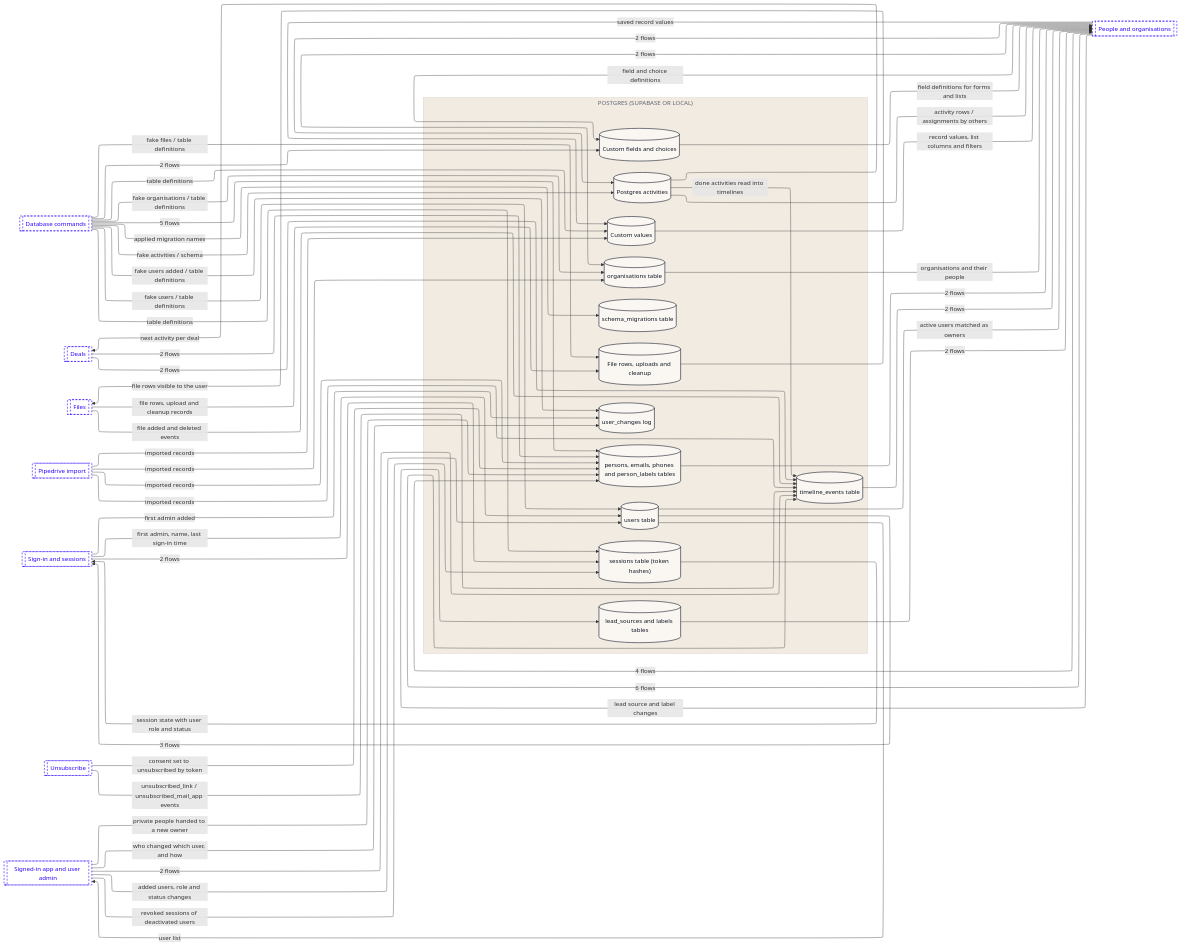
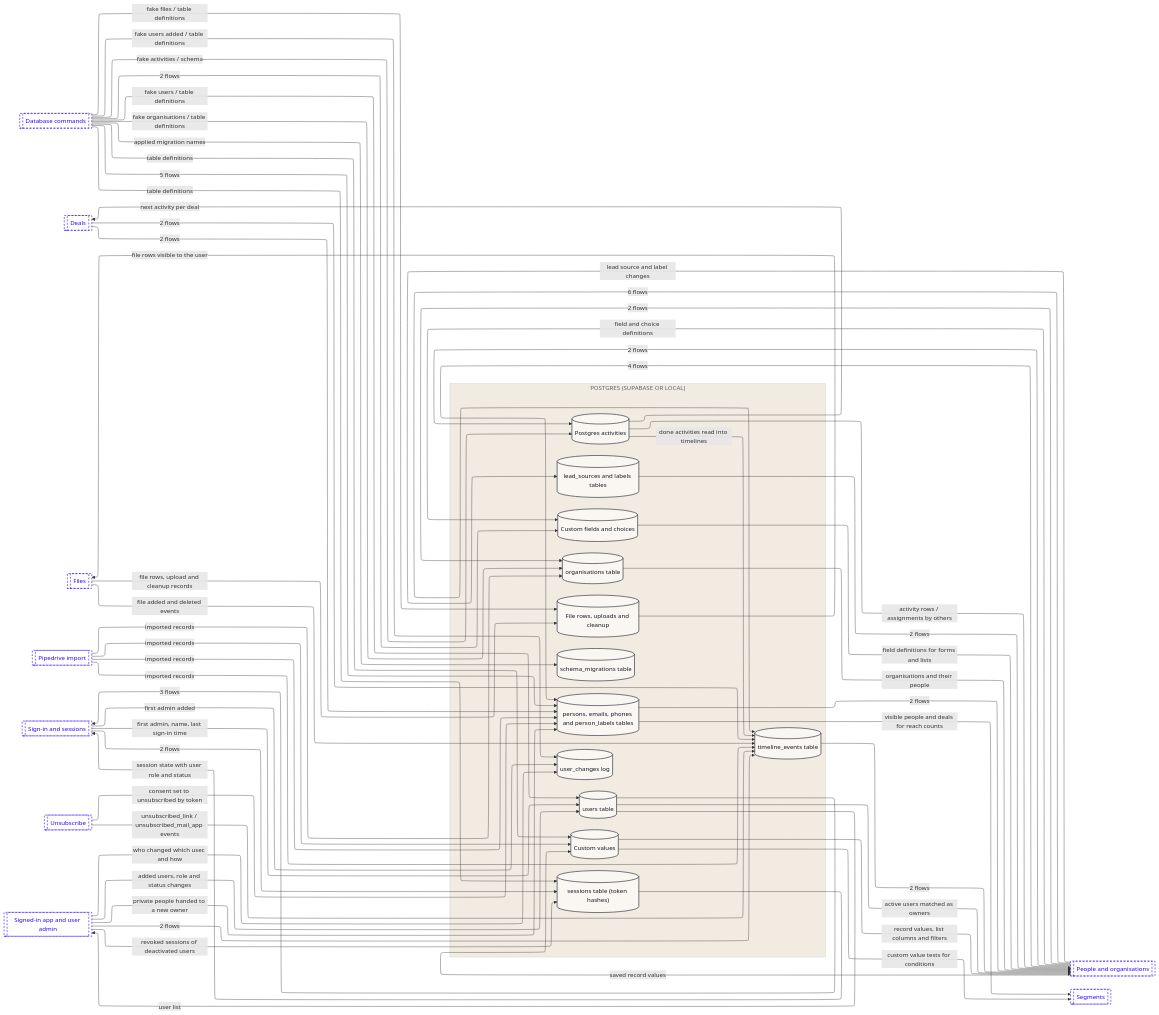
Before and after one commit to Romain-Perche/Barnacle-Pipe: the third of 14 diagrams in dataflow/DATAFLOW.md, drawn with Mermaid. The commit also changed other lines of this file and 10 other files, not shown here.

````diff
--- a/dataflow/DATAFLOW.md
+++ b/dataflow/DATAFLOW.md
@@ -222,9 +227,10 @@
     n15[["Files"]]
     n16[["Pipedrive import"]]
     n17[["People and organisations"]]
-    n18[["Sign-in and sessions"]]
-    n19[["Unsubscribe"]]
-    n20[["Signed-in app and user admin"]]
+    n18[["Segments"]]
+    n19[["Sign-in and sessions"]]
+    n20[["Unsubscribe"]]
+    n21[["Signed-in app and user admin"]]
     n17 -->|"2 flows"| n1
     n17 -->|"4 flows"| n7
     n1 -->|"activity rows / assignments by others"| n17
@@ -232,15 +238,16 @@
     n1 -->|"done activities read into timelines"| n10
     n17 -->|"lead source and label changes"| n2
     n2 -->|"2 flows"| n17
-    n18 -->|"2 flows"| n9
-    n18 -->|"first admin added"| n11
-    n18 -->|"first admin, name, last sign-in time"| n12
+    n19 -->|"2 flows"| n9
+    n19 -->|"first admin added"| n11
+    n19 -->|"first admin, name, last sign-in time"| n12
     n17 -->|"2 flows"| n6
     n17 -->|"6 flows"| n10
     n17 -->|"field and choice definitions"| n3
     n17 -->|"saved record values"| n4
     n3 -->|"field definitions for forms and lists"| n17
     n4 -->|"record values, list columns and filters"| n17
+    n4 -->|"custom value tests for conditions"| n18
     n14 -->|"2 flows"| n7
     n14 -->|"2 flows"| n10
     n15 -->|"file rows, upload and cleanup records"| n5
@@ -258,22 +265,23 @@
     n13 -->|"fake users / table definitions"| n12
     n6 -->|"organisations and their people"| n17
     n7 -->|"2 flows"| n17
+    n7 -->|"visible people and deals for reach counts"| n18
     n16 -->|"imported records"| n4
     n16 -->|"imported records"| n6
     n16 -->|"imported records"| n7
     n16 -->|"imported records"| n10
-    n9 -->|"session state with user role and status"| n18
+    n9 -->|"session state with user role and status"| n19
     n10 -->|"2 flows"| n17
-    n19 -->|"consent set to unsubscribed by token"| n7
-    n19 -->|"unsubscribed_link / unsubscribed_mail_app events"| n10
-    n20 -->|"private people handed to a new owner"| n7
-    n20 -->|"revoked sessions of deactivated users"| n9
-    n20 -->|"2 flows"| n10
-    n20 -->|"who changed which user, and how"| n11
-    n20 -->|"added users, role and status changes"| n12
-    n12 -->|"3 flows"| n18
+    n20 -->|"consent set to unsubscribed by token"| n7
+    n20 -->|"unsubscribed_link / unsubscribed_mail_app events"| n10
+    n21 -->|"private people handed to a new owner"| n7
+    n21 -->|"revoked sessions of deactivated users"| n9
+    n21 -->|"2 flows"| n10
+    n21 -->|"who changed which user, and how"| n11
+    n21 -->|"added users, role and status changes"| n12
+    n12 -->|"3 flows"| n19
     n12 -->|"active users matched as owners"| n17
-    n12 -->|"user list"| n20
+    n12 -->|"user list"| n21
     classDef actor fill:#FFFFFF,stroke:#111827,stroke-width:1px,color:#111827
     classDef process fill:#EDEAFF,stroke:#2B00FF,stroke-width:1.5px,color:#111827
     classDef store fill:#FAF6F1,stroke:#111827,stroke-width:1.5px,color:#111827
@@ -281,6 +289,6 @@
     classDef group fill:#2B00FF,stroke:#2B00FF,color:#FFFFFF
     classDef stub fill:#FFFFFF,stroke:#2B00FF,stroke-width:1.5px,stroke-dasharray:5 4,color:#2B00FF
     class n1,n2,n3,n4,n5,n6,n7,n8,n9,n10,n11,n12 store
-    class n13,n14,n15,n16,n17,n18,n19,n20 stub
+    class n13,n14,n15,n16,n17,n18,n19,n20,n21 stub
     style z1 fill:#F1EBE2,stroke:#CFC7BB,color:#5D6270
 ```
````
